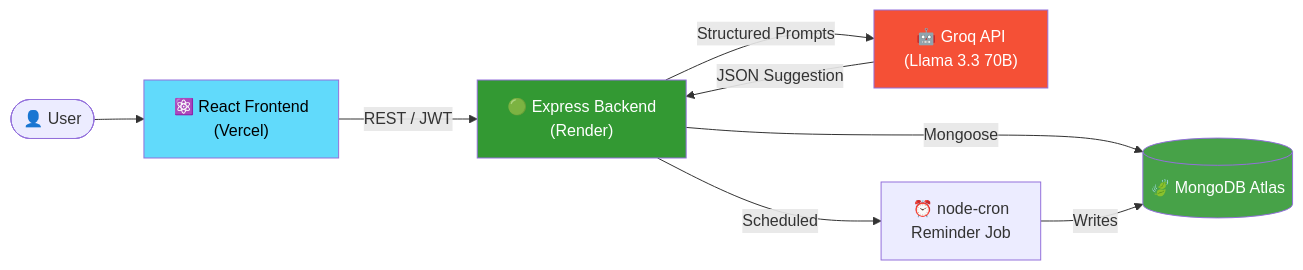
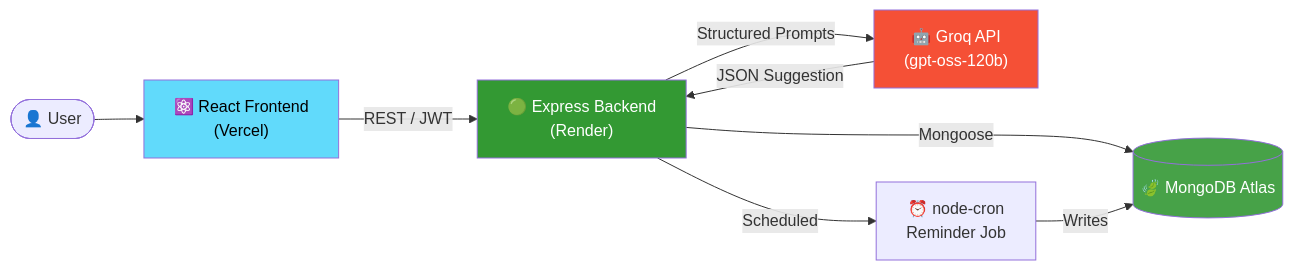
One commit to LakshayAggarwal12/TaskFlow changed the first of 5 diagrams in README.md. Above: the diagram before and after it, drawn with Mermaid. The commit also changed other lines of this file and 1 other file, not shown here.

Commit message:
groq-model

````diff
--- a/README.md
+++ b/README.md
@@ -253,15 +265,15 @@
 ```mermaid
 flowchart LR
     User(["👤 User"]) --> FE["⚛️ React Frontend<br/>(Vercel)"]
     FE -->|REST / JWT| BE["🟢 Express Backend<br/>(Render)"]
     BE -->|Mongoose| DB[("🍃 MongoDB Atlas")]
-    BE -->|Structured Prompts| AI["🤖 Groq API<br/>(Llama 3.3 70B)"]
+    BE -->|Structured Prompts| AI["🤖 Groq API<br/>(gpt-oss-120b)"]
     BE -->|Scheduled| CRON["⏰ node-cron<br/>Reminder Job"]
     CRON -->|Writes| DB
     AI -->|JSON Suggestion| BE
 
     style FE fill:#61DAFB,color:#000
     style BE fill:#339933,color:#fff
     style DB fill:#47A248,color:#fff
     style AI fill:#F55036,color:#fff
 ```
````
